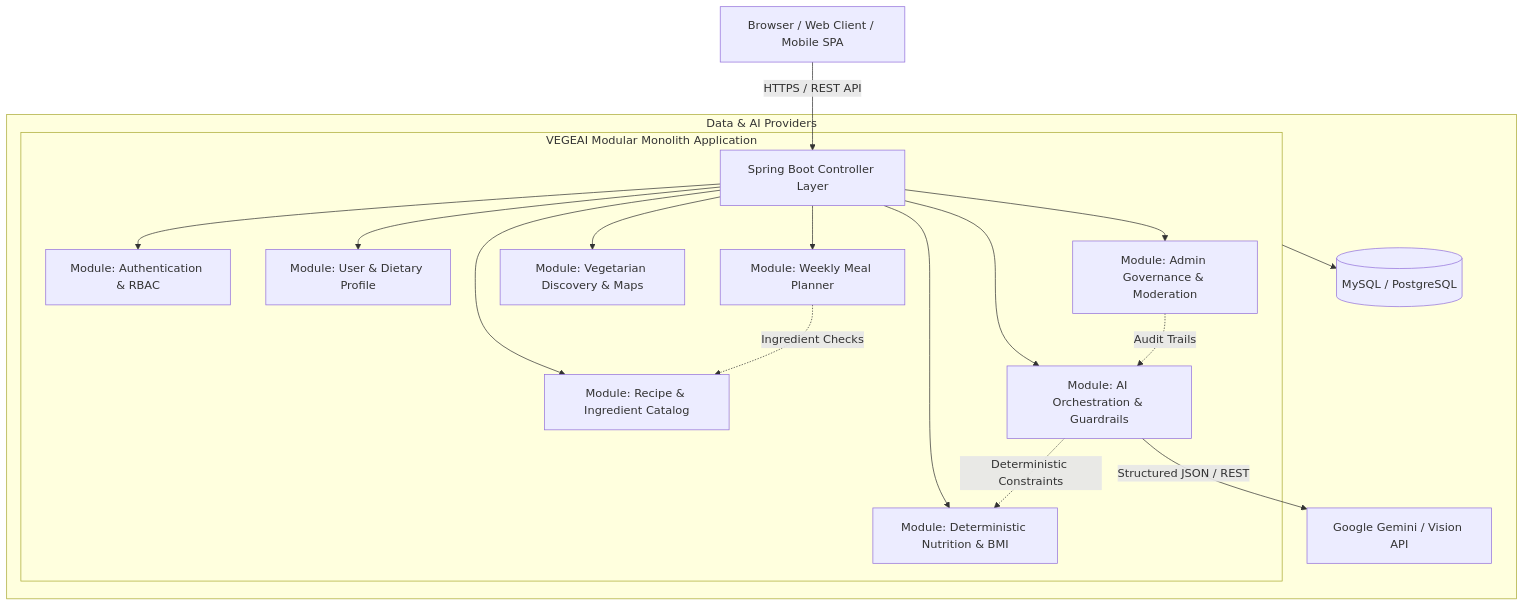
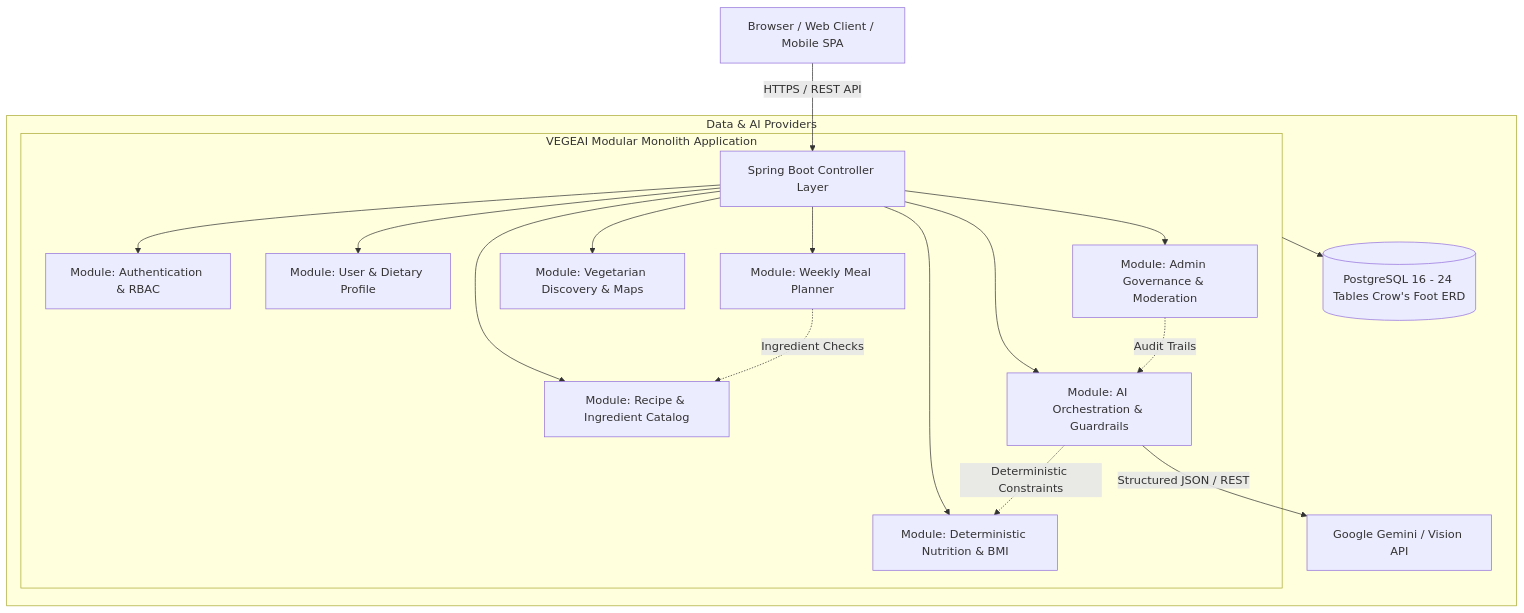
Before and after one commit to Arkstar2212/SWP391_FA26_VEGEAI_PROJECT_THEVEGANCROCO: the diagram in docs/ARCHITECTURE.md, drawn with Mermaid. The commit also changed other lines of this file and 90 other files, not shown here.

Commit message:
feat: complete user, admin, and auth API flows with test suite, AI Ops telemetry, and developer setup guide

````diff
--- a/docs/ARCHITECTURE.md
+++ b/docs/ARCHITECTURE.md
@@ -21,24 +21,24 @@
 ```mermaid
 graph TD
     Client[Browser / Web Client / Mobile SPA] -->|HTTPS / REST API| Gateway[Spring Boot Controller Layer]
     
     subgraph Modular_Monolith_Boundary [VEGEAI Modular Monolith Application]
         Gateway --> AuthMod[Module: Authentication & RBAC]
         Gateway --> UserMod[Module: User & Dietary Profile]
         Gateway --> NutriMod[Module: Deterministic Nutrition & BMI]
         Gateway --> RecipeMod[Module: Recipe & Ingredient Catalog]
         Gateway --> MealMod[Module: Weekly Meal Planner]
         Gateway --> RestMod[Module: Vegetarian Discovery & Maps]
         Gateway --> AiMod[Module: AI Orchestration & Guardrails]
         Gateway --> AdminMod[Module: Admin Governance & Moderation]
 
         AiMod -.->|Deterministic Constraints| NutriMod
         MealMod -.->|Ingredient Checks| RecipeMod
         AdminMod -.->|Audit Trails| AiMod
     end
 
     subgraph Persistence [Data & AI Providers]
-        Modular_Monolith_Boundary --> DB[(MySQL / PostgreSQL)]
+        Modular_Monolith_Boundary --> DB[(PostgreSQL 16 - 24 Tables Crow's Foot ERD)]
         AiMod -->|Structured JSON / REST| ExternalLLM[Google Gemini / Vision API]
     end
 ```
````
